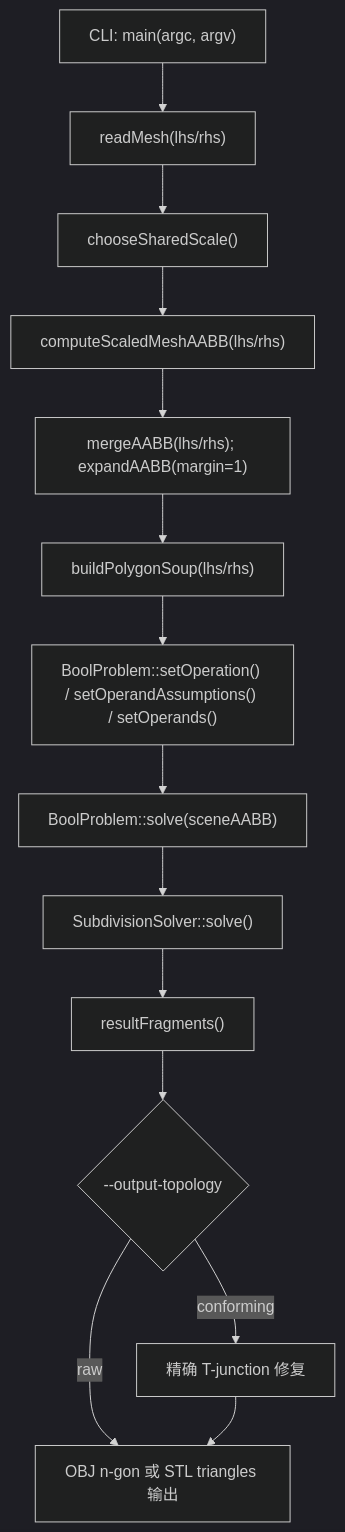
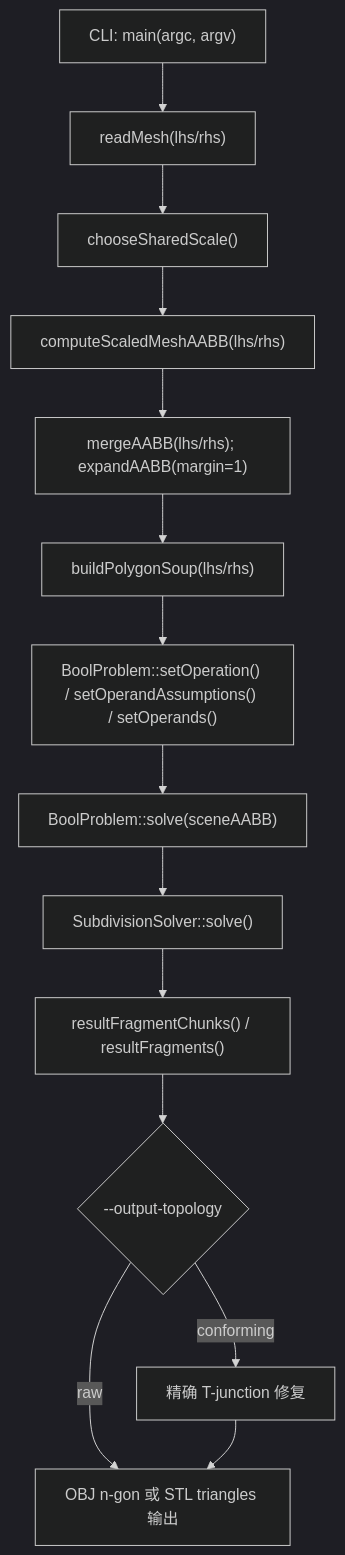
One commit to SDU-YueQiu/re-EMBER changed the first of 13 diagrams in docs/core-logic-flow.md. Above: the diagram before and after it, drawn with Mermaid (dark theme). The commit also changed other lines of this file and 9 other files, not shown here.

````diff
--- a/docs/core-logic-flow.md
+++ b/docs/core-logic-flow.md
@@ -32,16 +32,16 @@
 ```mermaid
 flowchart TD
     A["CLI: main(argc, argv)"] --> B["readMesh(lhs/rhs)"]
     B --> C["chooseSharedScale()"]
     C --> D["computeScaledMeshAABB(lhs/rhs)"]
     D --> E["mergeAABB(lhs/rhs); expandAABB(margin=1)"]
     E --> F["buildPolygonSoup(lhs/rhs)"]
     F --> G["BoolProblem::setOperation() / setOperandAssumptions() / setOperands()"]
     G --> H["BoolProblem::solve(sceneAABB)"]
     H --> I["SubdivisionSolver::solve()"]
-    I --> J["resultFragments()"]
+    I --> J["resultFragmentChunks() / resultFragments()"]
     J --> K{"--output-topology"}
     K -->|"raw"| L["OBJ n-gon 或 STL triangles 输出"]
     K -->|"conforming"| M["精确 T-junction 修复"]
     M --> L
 ```
````
